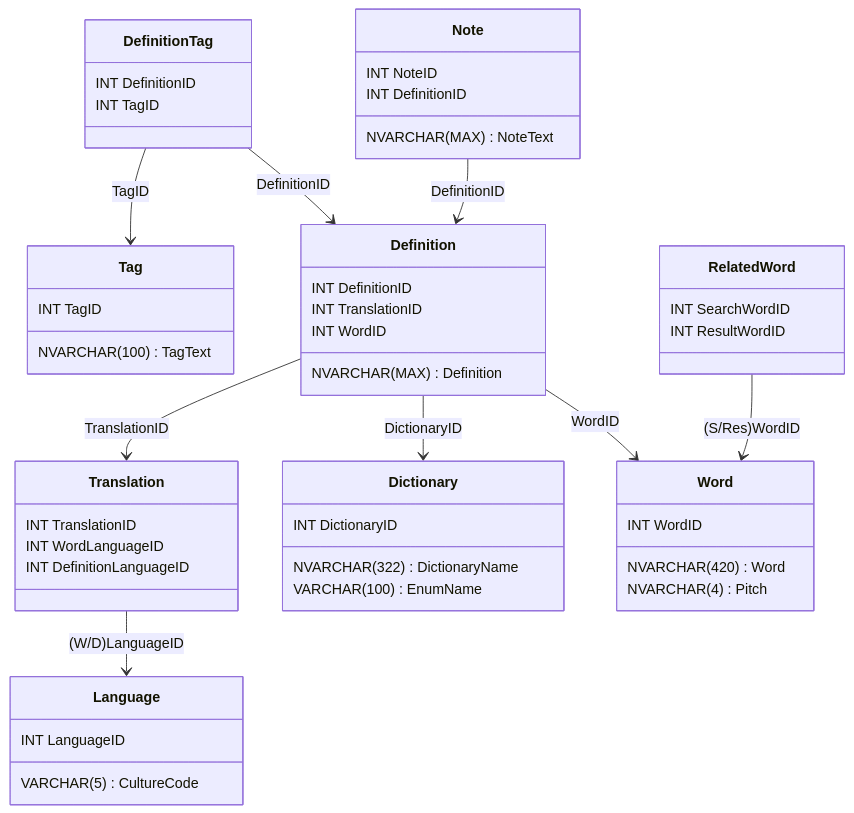
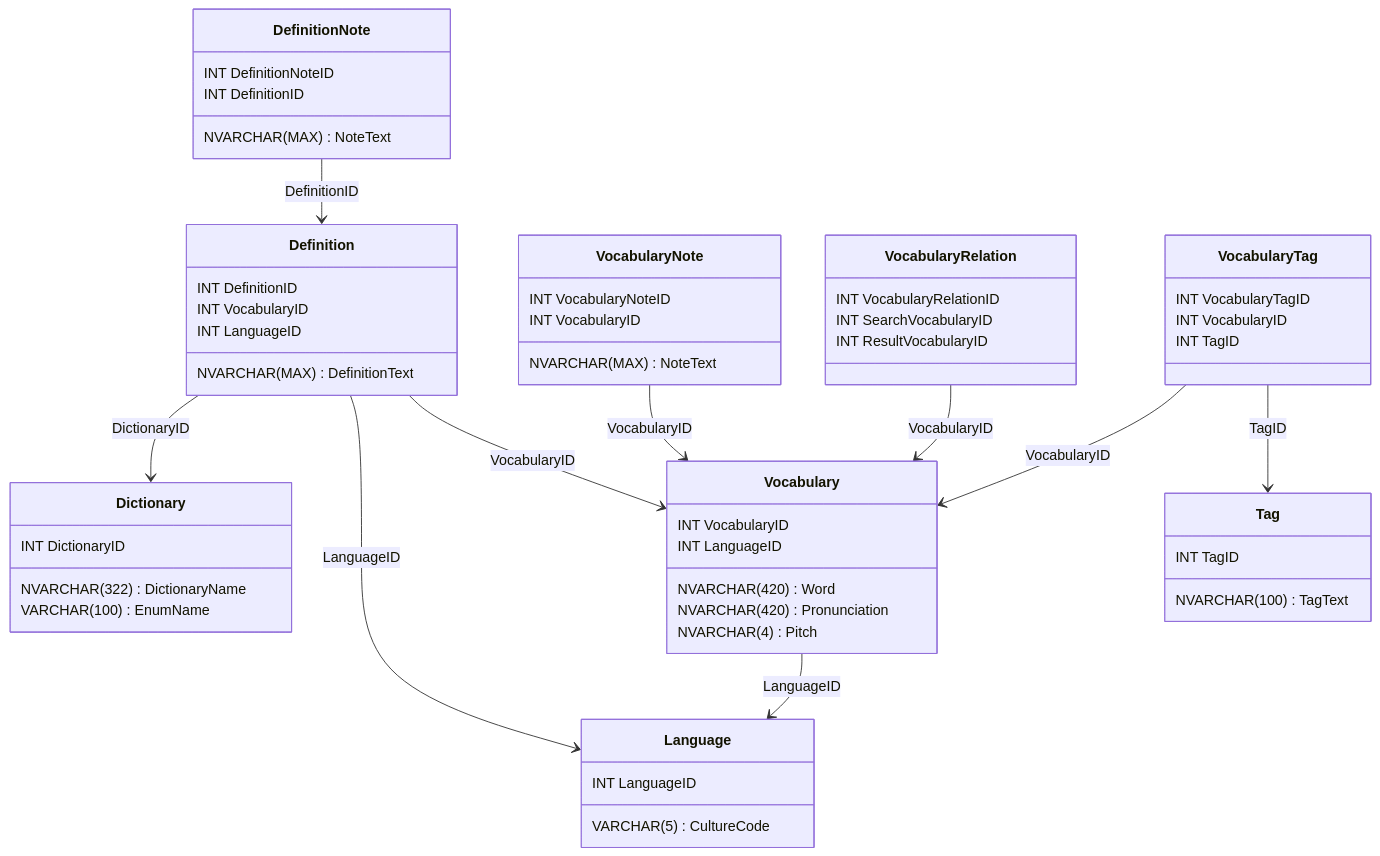
One commit to Limegrass/Wanicchou changed the second of 2 diagrams in WanicchouDB.md. Above: the diagram before and after it, drawn with Mermaid. The commit also changed other lines of this file and 19 other files, not shown here.

````diff
--- a/WanicchouDB.md
+++ b/WanicchouDB.md
@@ -11,48 +11,57 @@
 ```mermaid
 classDiagram
-Translation --> Language : (W/D)LanguageID
-DefinitionTag --> Tag : TagID
+Definition --> Dictionary : DictionaryID
+Definition --> Language : LanguageID
+Definition --> Vocabulary : VocabularyID
+Vocabulary --> Language : LanguageID
 
-Definition --> Dictionary : DictionaryID
-Definition --> Word : WordID
-RelatedWord --> Word : (S/Res)WordID
-DefinitionTag --> Definition : DefinitionID
+DefinitionNote --> Definition : DefinitionID
+VocabularyNote --> Vocabulary : VocabularyID
 
-Definition --> Translation : TranslationID
 
-Note --> Definition : DefinitionID
 
-Note : INT NoteID
-Note : INT DefinitionID
-Note : NVARCHAR(MAX) NoteText
+VocabularyRelation --> Vocabulary : VocabularyID
+VocabularyTag --> Vocabulary : VocabularyID
+
+VocabularyTag --> Tag : TagID
+
+
+
+DefinitionNote : INT DefinitionNoteID
+DefinitionNote : INT DefinitionID
+DefinitionNote : NVARCHAR(MAX) NoteText
+
+VocabularyNote : INT VocabularyNoteID
+VocabularyNote : INT VocabularyID
+VocabularyNote : NVARCHAR(MAX) NoteText
 
 Tag : INT TagID
 Tag : NVARCHAR(100) TagText
 
-DefinitionTag : INT DefinitionID
-DefinitionTag : INT TagID
-
-Translation : INT TranslationID
-Translation : INT WordLanguageID
-Translation : INT DefinitionLanguageID
+VocabularyTag : INT VocabularyTagID
+VocabularyTag : INT VocabularyID
+VocabularyTag : INT TagID
 
 
 Dictionary : INT DictionaryID
 Dictionary : NVARCHAR(322) DictionaryName
 Dictionary : VARCHAR(100) EnumName
 
-RelatedWord : INT SearchWordID
-RelatedWord : INT ResultWordID
+VocabularyRelation : INT VocabularyRelationID
+VocabularyRelation : INT SearchVocabularyID
+VocabularyRelation : INT ResultVocabularyID
 
-Definition : NVARCHAR(MAX) Definition
+Definition : NVARCHAR(MAX) DefinitionText
 Definition : INT DefinitionID
-Definition : INT TranslationID
-Definition : INT WordID
+Definition : INT VocabularyID
+Definition : INT LanguageID
 
-Word : INT WordID
-Word : NVARCHAR(420) Word
-Word : NVARCHAR(4) Pitch
+Vocabulary : INT VocabularyID
+Vocabulary : NVARCHAR(420) Word
+Vocabulary : NVARCHAR(420) Pronunciation
+Vocabulary : NVARCHAR(4) Pitch
+Vocabulary : INT LanguageID
 
 Language : INT LanguageID
 Language : VARCHAR(5) CultureCode
 ```
````
